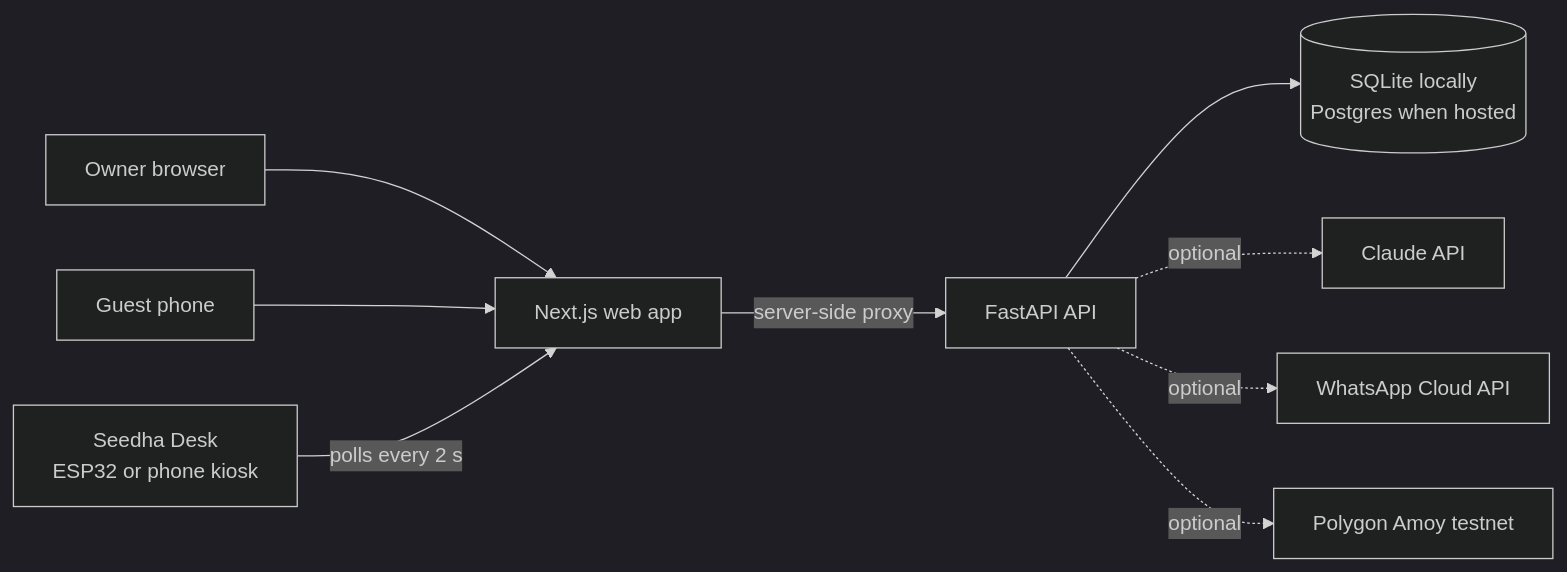
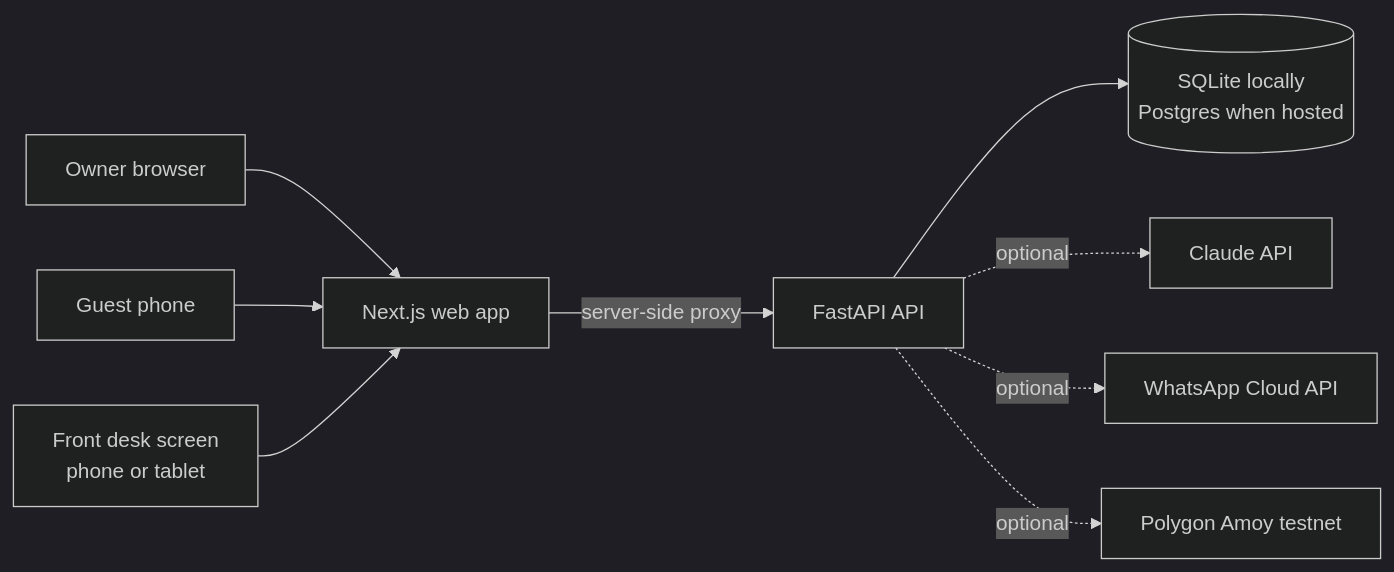
The diagram in README.md (aaravfractal/seedha), drawn with Mermaid (dark theme) before and after one commit. The commit also changed other lines of this file and 17 other files, not shown here.

Commit message:
No hardware on public pages: Front desk screen section, device render is a plain tablet, no ESP32, printer, LED ring, firmware or hardware cost on the website, plans, legal pages or README; guard test; D-105

````diff
--- a/README.md
+++ b/README.md
@@ -50,11 +50,11 @@
 ```mermaid
 flowchart LR
   Owner[Owner browser] --> Web[Next.js web app]
   Guest[Guest phone] --> Web
-  Desk[Seedha Desk<br/>ESP32 or phone kiosk] -->|polls every 2 s| Web
+  Desk[Front desk screen<br/>phone or tablet] --> Web
   Web -->|server-side proxy| API[FastAPI API]
   API --> DB[(SQLite locally<br/>Postgres when hosted)]
   API -.->|optional| Claude[Claude API]
   API -.->|optional| WA[WhatsApp Cloud API]
   API -.->|optional| Amoy[Polygon Amoy testnet]
 ```
````
